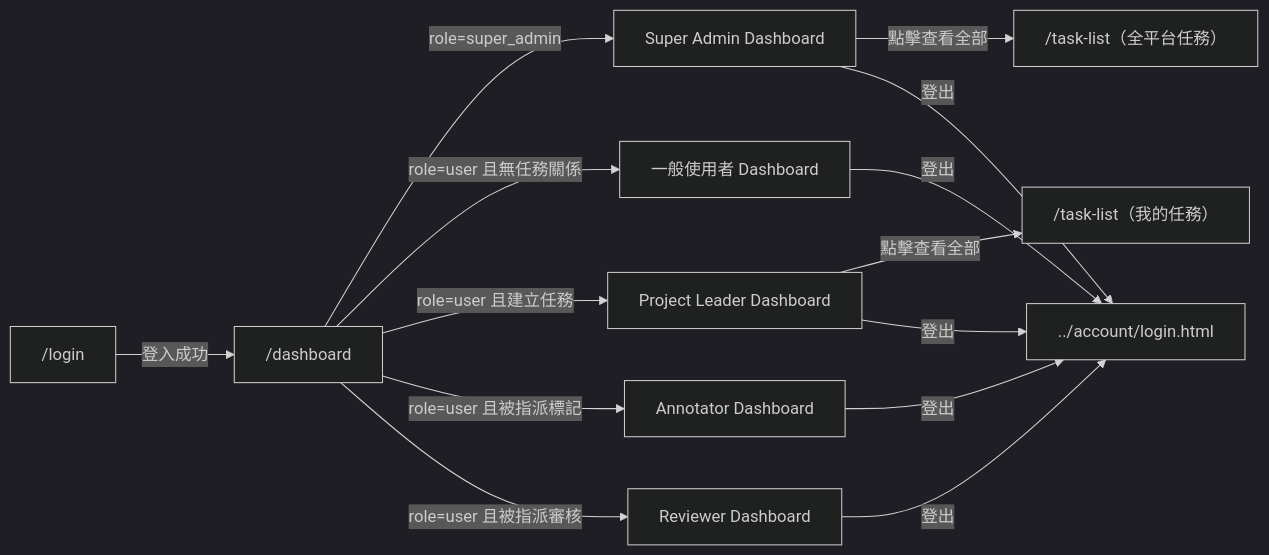
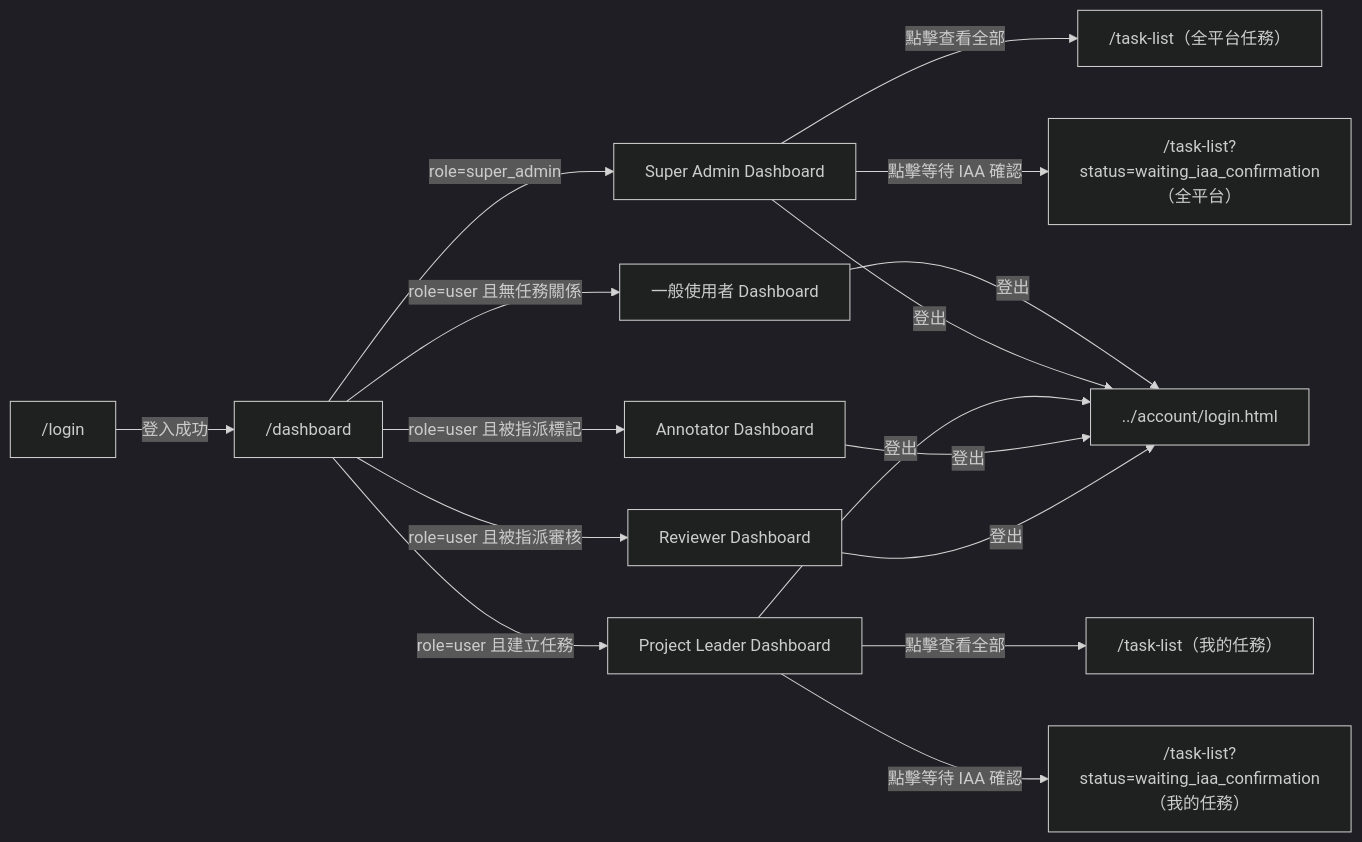
One commit to singyichen/label-suite changed the second of 2 diagrams in specs/dashboard/012-dashboard/spec.md. Above: the diagram before and after it, drawn with Mermaid (dark theme). The commit also changed other lines of this file and 6 other files, not shown here.

````diff
--- a/specs/dashboard/012-dashboard/spec.md
+++ b/specs/dashboard/012-dashboard/spec.md
@@ -407,25 +409,27 @@
 ```mermaid
 flowchart LR
     login["/login"]
     dashboard["/dashboard"]
     user["一般使用者 Dashboard"]
     sa["Super Admin Dashboard"]
     pl["Project Leader Dashboard"]
     an["Annotator Dashboard"]
     rv["Reviewer Dashboard"]
     logout["../account/login.html"]
 
     login -->|登入成功| dashboard
     dashboard -->|role=super_admin| sa
     dashboard -->|role=user 且無任務關係| user
     dashboard -->|role=user 且建立任務| pl
     dashboard -->|role=user 且被指派標記| an
     dashboard -->|role=user 且被指派審核| rv
     sa -->|點擊查看全部| tasklistAll["/task-list（全平台任務）"]
     pl -->|點擊查看全部| tasklistMine["/task-list（我的任務）"]
+    sa -->|點擊等待 IAA 確認| tasklistIaaAll["/task-list?status=waiting_iaa_confirmation（全平台）"]
+    pl -->|點擊等待 IAA 確認| tasklistIaaMine["/task-list?status=waiting_iaa_confirmation（我的任務）"]
     user -->|登出| logout
     sa -->|登出| logout
     pl -->|登出| logout
     an -->|登出| logout
     rv -->|登出| logout
 ```
````
